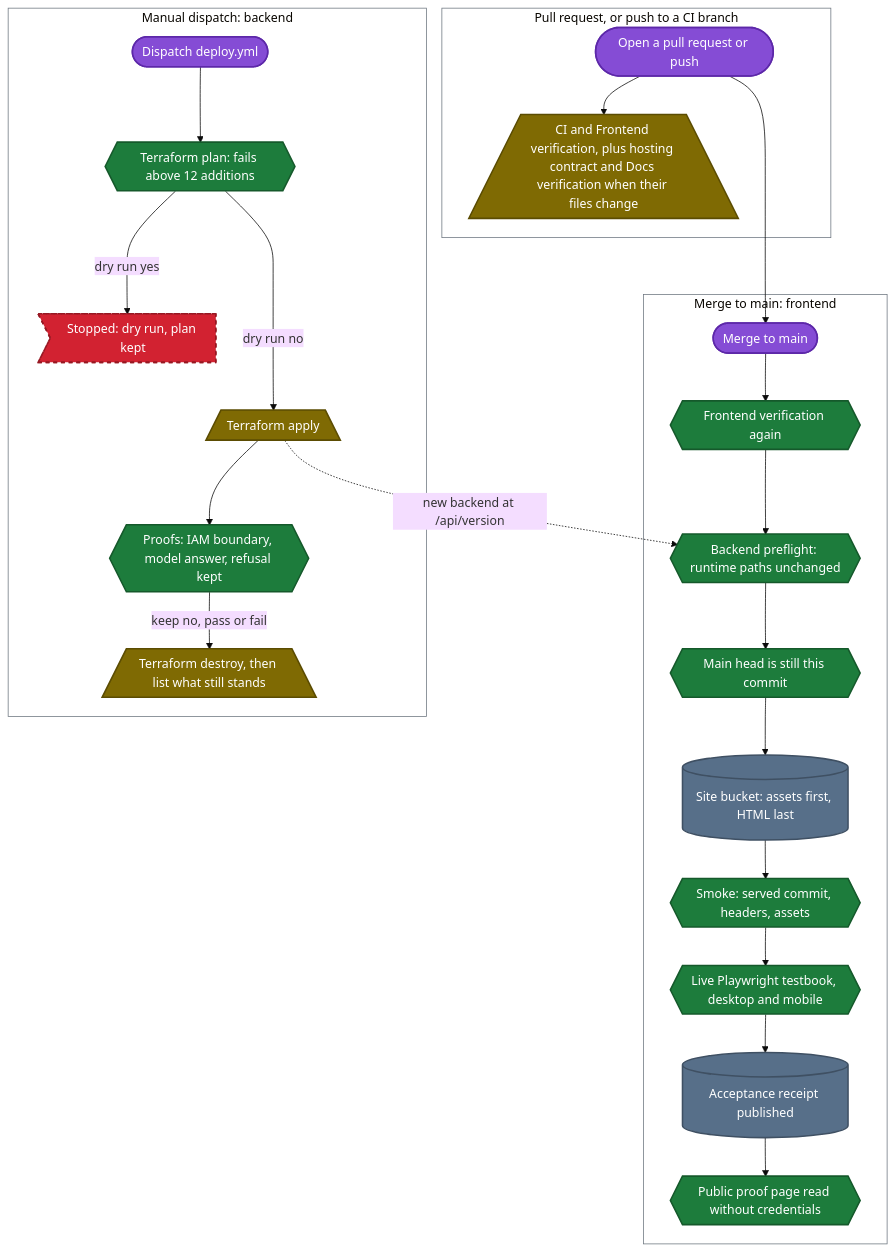
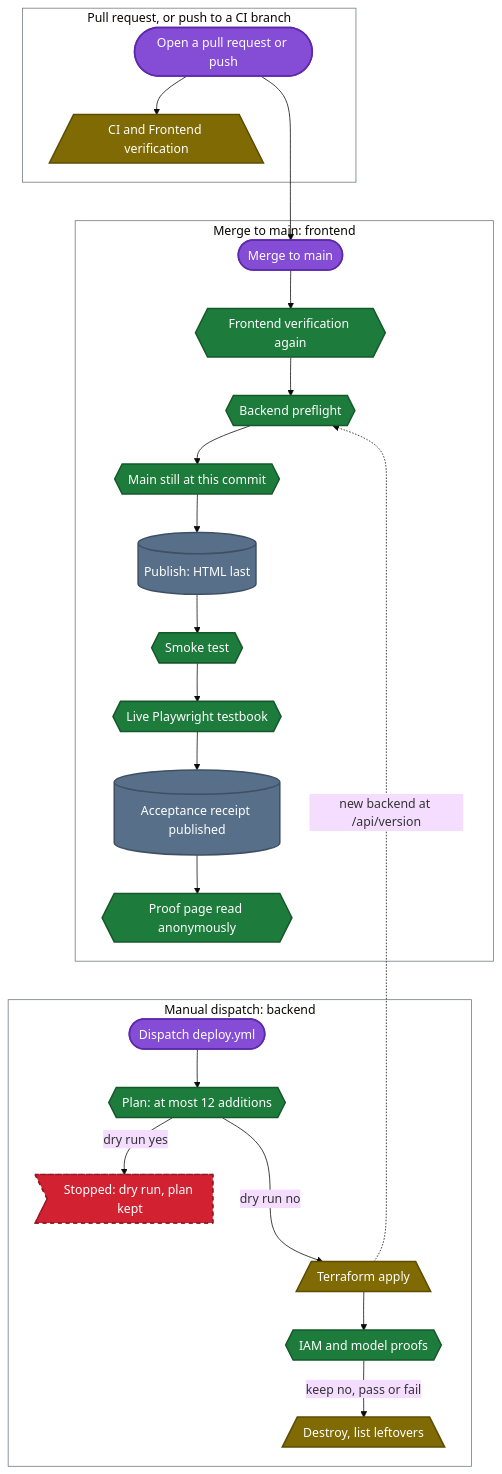
The diagram in docs/release-and-validation.md (upgradedev/merismos-aws), drawn with Mermaid (base theme) before and after one commit. The commit also changed 3 other files, not shown here.

First line of the commit message:
docs: diagrams that stay readable at page width (ME19)

````diff
--- a/docs/release-and-validation.md
+++ b/docs/release-and-validation.md
@@ -7,55 +7,56 @@
 ```mermaid
 flowchart TB
     accTitle: Merismos delivery pipeline
     accDescr: A pull request runs CI and Frontend verification, and so does a push to main or a codex branch (CI also on feat branches); the AWS hosting contract and Docs verification run only when their files change. A merge to main runs Frontend verification again, checks that the deployed backend matches the runtime source, confirms main has not moved, publishes the site, smoke tests it, runs the live Playwright testbook, publishes an acceptance receipt and reads the public proof page without credentials. The backend changes only when someone dispatches deploy.yml: a plan that fails above 12 additions, a stop by default because dry run is the default, then apply and proofs. With keep set to no a destroy follows whether or not the proofs passed, and every apply ends by listing what still stands. A new backend at the version endpoint is what lets a frontend release that changed runtime paths pass its preflight.
 
     subgraph Every["Pull request, or push to a CI branch"]
         Pr(["Open a pull request or push"]):::human
-        Checks[/"CI and Frontend verification, plus hosting contract and Docs verification when their files change"\]:::cicd
+        Checks[/"CI and Frontend verification"\]:::cicd
     end
     subgraph Frontend["Merge to main: frontend"]
         Merge(["Merge to main"]):::human
         Verify{{"Frontend verification again"}}:::gate
-        Preflight{{"Backend preflight: runtime paths unchanged"}}:::gate
-        Guard{{"Main head is still this commit"}}:::gate
-        Publish[("Site bucket: assets first, HTML last")]:::store
-        Smoke{{"Smoke: served commit, headers, assets"}}:::gate
-        Testbook{{"Live Playwright testbook, desktop and mobile"}}:::gate
+        Preflight{{"Backend preflight"}}:::gate
+        Guard{{"Main still at this commit"}}:::gate
+        Publish[("Publish: HTML last")]:::store
+        Smoke{{"Smoke test"}}:::gate
+        Testbook{{"Live Playwright testbook"}}:::gate
         Receipt[("Acceptance receipt published")]:::store
-        ProofRead{{"Public proof page read without credentials"}}:::gate
+        ProofRead{{"Proof page read anonymously"}}:::gate
     end
     subgraph Backend["Manual dispatch: backend"]
         Dispatch(["Dispatch deploy.yml"]):::human
-        Plan{{"Terraform plan: fails above 12 additions"}}:::gate
+        Plan{{"Plan: at most 12 additions"}}:::gate
         DryRun>"Stopped: dry run, plan kept"]:::refused
         Apply[/"Terraform apply"\]:::cicd
-        Proofs{{"Proofs: IAM boundary, model answer, refusal kept"}}:::gate
-        Teardown[/"Terraform destroy, then list what still stands"\]:::cicd
+        Proofs{{"IAM and model proofs"}}:::gate
+        Teardown[/"Destroy, list leftovers"\]:::cicd
     end
 
     Pr --> Checks
     Pr ---> Merge
     Merge --> Verify
     Verify --> Preflight
     Preflight --> Guard
     Guard --> Publish
     Publish --> Smoke
     Smoke --> Testbook
     Testbook --> Receipt
     Receipt --> ProofRead
     Dispatch --> Plan
     Plan -->|"dry run yes"| DryRun
     Plan --->|"dry run no"| Apply
     Apply --> Proofs
     Proofs -->|"keep no, pass or fail"| Teardown
     Apply -.->|"new backend at /api/version"| Preflight
+    ProofRead ~~~ Dispatch
 
     style Every fill:none,stroke:#6e7781,stroke-width:1px
     style Frontend fill:none,stroke:#6e7781,stroke-width:1px
     style Backend fill:none,stroke:#6e7781,stroke-width:1px
     classDef human fill:#854cd5,stroke:#5d28a9,stroke-width:2px,color:#ffffff
     classDef gate fill:#1d7c3c,stroke:#15592b,stroke-width:2px,color:#ffffff
     classDef store fill:#576f89,stroke:#3f5063,stroke-width:2px,color:#ffffff
     classDef cicd fill:#7f6a03,stroke:#5b4c02,stroke-width:2px,color:#ffffff
     classDef refused fill:#d22231,stroke:#971823,stroke-width:2px,color:#ffffff,stroke-dasharray:5 5
 ```
````
